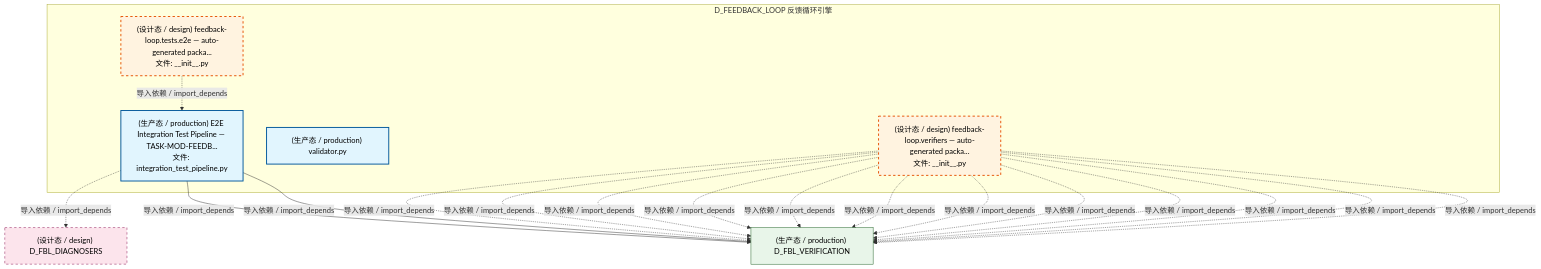
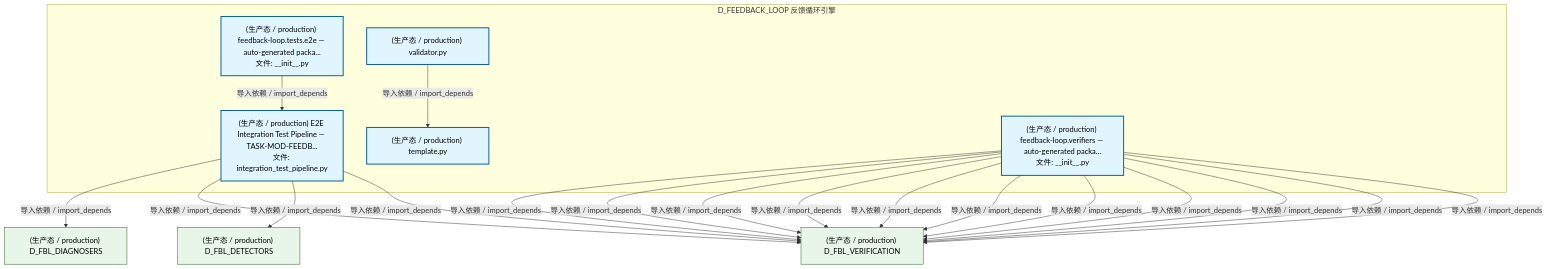
The fifth of 7 diagrams in docs/02_enterprise_architecture/02_domain_architecture_docs/14_d_feedback_loop.md (xuanFelixVan/ZephyrAlpha), drawn with Mermaid before and after one commit. The commit also changed other lines of this file and 128 other files, not shown here.

````diff
--- a/docs/02_enterprise_architecture/02_domain_architecture_docs/14_d_feedback_loop.md
+++ b/docs/02_enterprise_architecture/02_domain_architecture_docs/14_d_feedback_loop.md
@@ -523,35 +515,36 @@
 ```mermaid
 graph TD
     subgraph D_FEEDBACK_LOOP["D_FEEDBACK_LOOP 反馈循环引擎"]
-        src_zephyr_feedback_loop_tests_e2e_init_py["(设计态 / design) feedback-loop.tests.e2e — auto-generated packa...<br/>文件: __init__.py"]
+        src_zephyr_feedback_loop_template_py["(生产态 / production) template.py"]
+        src_zephyr_feedback_loop_tests_e2e_init_py["(生产态 / production) feedback-loop.tests.e2e — auto-generated packa...<br/>文件: __init__.py"]
         src_zephyr_feedback_loop_tests_e2e_integration_test_pipeline_py["(生产态 / production) E2E Integration Test Pipeline — TASK-MOD-FEEDB...<br/>文件: integration_test_pipeline.py"]
         src_zephyr_feedback_loop_validator_py["(生产态 / production) validator.py"]
-        src_zephyr_feedback_loop_verifiers_init_py["(设计态 / design) feedback-loop.verifiers — auto-generated packa...<br/>文件: __init__.py"]
+        src_zephyr_feedback_loop_verifiers_init_py["(生产态 / production) feedback-loop.verifiers — auto-generated packa...<br/>文件: __init__.py"]
     end
-    src_zephyr_feedback_loop_tests_e2e_init_py -.->|导入依赖 / import_depends| src_zephyr_feedback_loop_tests_e2e_integration_test_pipeline_py
+    src_zephyr_feedback_loop_validator_py -->|导入依赖 / import_depends| src_zephyr_feedback_loop_template_py
+    src_zephyr_feedback_loop_tests_e2e_init_py -->|导入依赖 / import_depends| src_zephyr_feedback_loop_tests_e2e_integration_test_pipeline_py
     D_FBL_VERIFICATION["(生产态 / production) D_FBL_VERIFICATION"]
+    src_zephyr_feedback_loop_verifiers_init_py -->|导入依赖 / import_depends| D_FBL_VERIFICATION
     src_zephyr_feedback_loop_tests_e2e_integration_test_pipeline_py -->|导入依赖 / import_depends| D_FBL_VERIFICATION
-    src_zephyr_feedback_loop_verifiers_init_py -.->|导入依赖 / import_depends| D_FBL_VERIFICATION
-    src_zephyr_feedback_loop_verifiers_init_py -.->|导入依赖 / import_depends| D_FBL_VERIFICATION
-    src_zephyr_feedback_loop_verifiers_init_py -.->|导入依赖 / import_depends| D_FBL_VERIFICATION
+    src_zephyr_feedback_loop_verifiers_init_py -->|导入依赖 / import_depends| D_FBL_VERIFICATION
+    src_zephyr_feedback_loop_verifiers_init_py -->|导入依赖 / import_depends| D_FBL_VERIFICATION
+    src_zephyr_feedback_loop_verifiers_init_py -->|导入依赖 / import_depends| D_FBL_VERIFICATION
+    D_FBL_DETECTORS["(生产态 / production) D_FBL_DETECTORS"]
+    src_zephyr_feedback_loop_tests_e2e_integration_test_pipeline_py -->|导入依赖 / import_depends| D_FBL_DETECTORS
+    src_zephyr_feedback_loop_verifiers_init_py -->|导入依赖 / import_depends| D_FBL_VERIFICATION
+    src_zephyr_feedback_loop_verifiers_init_py -->|导入依赖 / import_depends| D_FBL_VERIFICATION
+    src_zephyr_feedback_loop_verifiers_init_py -->|导入依赖 / import_depends| D_FBL_VERIFICATION
+    src_zephyr_feedback_loop_verifiers_init_py -->|导入依赖 / import_depends| D_FBL_VERIFICATION
+    src_zephyr_feedback_loop_verifiers_init_py -->|导入依赖 / import_depends| D_FBL_VERIFICATION
+    src_zephyr_feedback_loop_verifiers_init_py -->|导入依赖 / import_depends| D_FBL_VERIFICATION
     src_zephyr_feedback_loop_tests_e2e_integration_test_pipeline_py -->|导入依赖 / import_depends| D_FBL_VERIFICATION
-    src_zephyr_feedback_loop_verifiers_init_py -.->|导入依赖 / import_depends| D_FBL_VERIFICATION
-    src_zephyr_feedback_loop_verifiers_init_py -.->|导入依赖 / import_depends| D_FBL_VERIFICATION
-    src_zephyr_feedback_loop_verifiers_init_py -.->|导入依赖 / import_depends| D_FBL_VERIFICATION
-    src_zephyr_feedback_loop_verifiers_init_py -.->|导入依赖 / import_depends| D_FBL_VERIFICATION
-    src_zephyr_feedback_loop_verifiers_init_py -.->|导入依赖 / import_depends| D_FBL_VERIFICATION
-    src_zephyr_feedback_loop_verifiers_init_py -.->|导入依赖 / import_depends| D_FBL_VERIFICATION
-    D_FBL_DIAGNOSERS["(设计态 / design) D_FBL_DIAGNOSERS"]
-    src_zephyr_feedback_loop_tests_e2e_integration_test_pipeline_py -.->|导入依赖 / import_depends| D_FBL_DIAGNOSERS
-    src_zephyr_feedback_loop_verifiers_init_py -.->|导入依赖 / import_depends| D_FBL_VERIFICATION
-    src_zephyr_feedback_loop_verifiers_init_py -.->|导入依赖 / import_depends| D_FBL_VERIFICATION
-    src_zephyr_feedback_loop_verifiers_init_py -.->|导入依赖 / import_depends| D_FBL_VERIFICATION
+    src_zephyr_feedback_loop_verifiers_init_py -->|导入依赖 / import_depends| D_FBL_VERIFICATION
+    D_FBL_DIAGNOSERS["(生产态 / production) D_FBL_DIAGNOSERS"]
+    src_zephyr_feedback_loop_tests_e2e_integration_test_pipeline_py -->|导入依赖 / import_depends| D_FBL_DIAGNOSERS
     classDef production fill:#e1f5fe,stroke:#01579b,stroke-width:2px,color:#000
     classDef design fill:#fff3e0,stroke:#e65100,stroke-width:2px,color:#000,stroke-dasharray: 5 5
     classDef external_prod fill:#e8f5e9,stroke:#1b5e20,stroke-width:1px,color:#000
     classDef external_design fill:#fce4ec,stroke:#880e4f,stroke-width:1px,color:#000,stroke-dasharray: 5 5
-    class src_zephyr_feedback_loop_tests_e2e_integration_test_pipeline_py,src_zephyr_feedback_loop_validator_py production
-    class src_zephyr_feedback_loop_tests_e2e_init_py,src_zephyr_feedback_loop_verifiers_init_py design
-    class D_FBL_VERIFICATION external_prod
-    class D_FBL_DIAGNOSERS external_design
+    class src_zephyr_feedback_loop_template_py,src_zephyr_feedback_loop_tests_e2e_init_py,src_zephyr_feedback_loop_tests_e2e_integration_test_pipeline_py,src_zephyr_feedback_loop_validator_py,src_zephyr_feedback_loop_verifiers_init_py production
+    class D_FBL_VERIFICATION,D_FBL_DETECTORS,D_FBL_DIAGNOSERS external_prod
 ```
````
